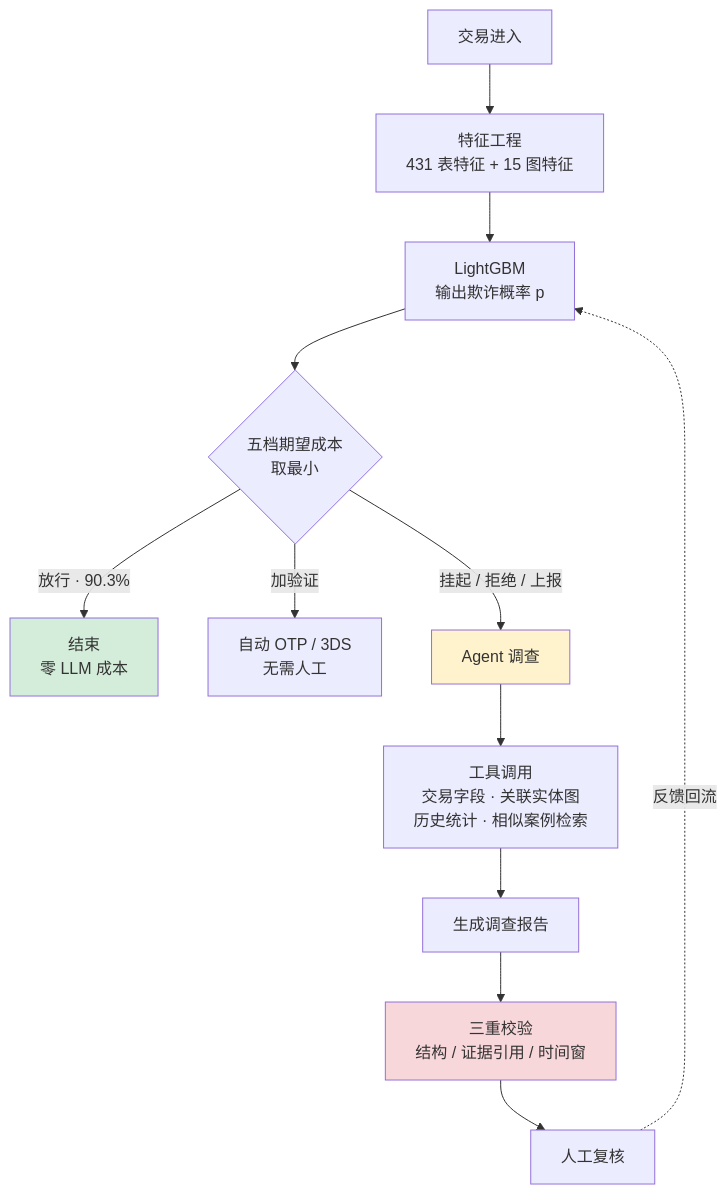
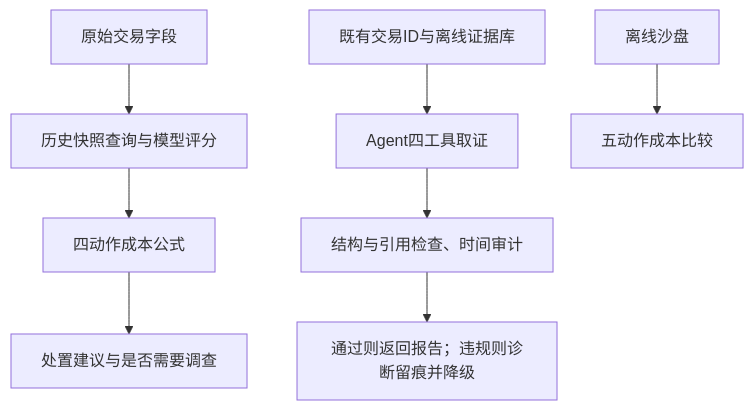
The diagram in README.md (1257599842-cell/AI-Agent-Fraud-Detection), drawn with Mermaid before and after one commit. The commit also changed other lines of this file and 78 other files, not shown here.

````diff
--- a/README.md
+++ b/README.md
@@ -46,19 +30,10 @@
 ```mermaid
 flowchart TD
-    A[交易进入] --> B[特征工程<br/>431 表特征 + 15 图特征]
-    B --> C[LightGBM<br/>输出欺诈概率 p]
-    C --> D{五档期望成本<br/>取最小}
-    D -->|放行 · 90.3%| Z[结束<br/>零 LLM 成本]
-    D -->|加验证| S[自动 OTP / 3DS<br/>无需人工]
-    D -->|挂起 / 拒绝 / 上报| E[Agent 调查]
-
-    E --> F[工具调用<br/>交易字段 · 关联实体图<br/>历史统计 · 相似案例检索]
-    F --> G[生成调查报告]
-    G --> H[三重校验<br/>结构 / 证据引用 / 时间窗]
-    H --> I[人工复核]
-    I -.反馈回流.-> C
-
-    style Z fill:#d4edda
-    style E fill:#fff3cd
-    style H fill:#f8d7da
+    A[原始交易字段] --> B[历史快照查询与模型评分]
+    B --> C[四动作成本公式]
+    C --> D[处置建议与是否需要调查]
+    E[既有交易ID与离线证据库] --> F[Agent四工具取证]
+    F --> G[结构与引用检查、时间审计]
+    G --> H[通过则返回报告；违规则诊断留痕并降级]
+    I[离线沙盘] --> J[五动作成本比较]
 ```
````
